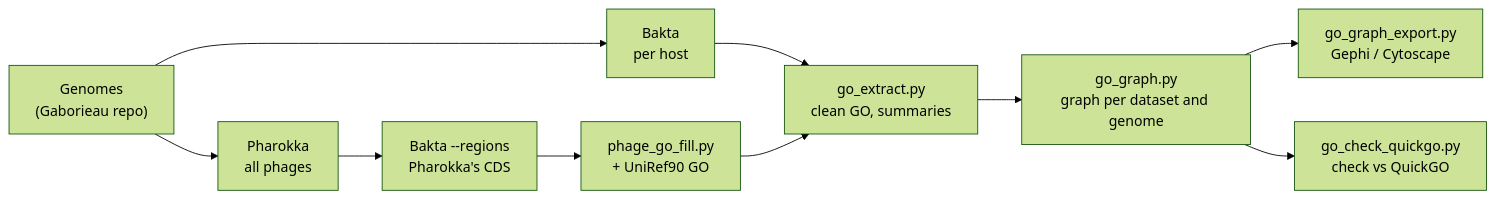
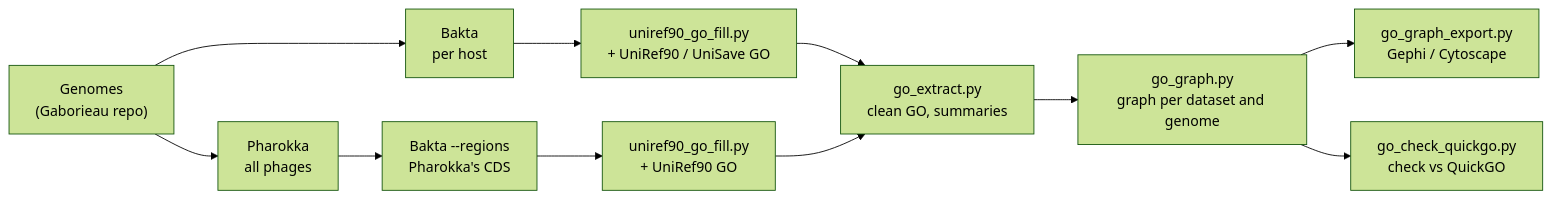
One commit to viti1igo/phage-host-go changed the diagram in README.md. Above: the diagram before and after it, drawn with Mermaid (forest theme). The commit also changed other lines of this file and 425 other files, not shown here.

First line of the commit message:
Host GO with UniRef90 and UniSave fill

````diff
--- a/README.md
+++ b/README.md
@@ -42,10 +42,10 @@
 ```mermaid
 flowchart LR
-    G["Genomes<br/>(Gaborieau repo)"] --> BH["Bakta<br/>per host"]
-    G --> PH["Pharokka<br/>all phages"] --> BP["Bakta --regions<br/>Pharokka's CDS"] --> F["phage_go_fill.py<br/>+ UniRef90 GO"]
-    BH --> E["go_extract.py<br/>clean GO, summaries"]
+    G["Genomes<br/>(Gaborieau repo)"] --> BH["Bakta<br/>per host"] --> FH["uniref90_go_fill.py<br/>+ UniRef90 / UniSave GO"]
+    G --> PH["Pharokka<br/>all phages"] --> BP["Bakta --regions<br/>Pharokka's CDS"] --> F["uniref90_go_fill.py<br/>+ UniRef90 GO"]
+    FH --> E["go_extract.py<br/>clean GO, summaries"]
     F --> E
     E --> GR["go_graph.py<br/>graph per dataset and genome"]
     GR --> X["go_graph_export.py<br/>Gephi / Cytoscape"]
     GR --> Q["go_check_quickgo.py<br/>check vs QuickGO"]
 ```
````
